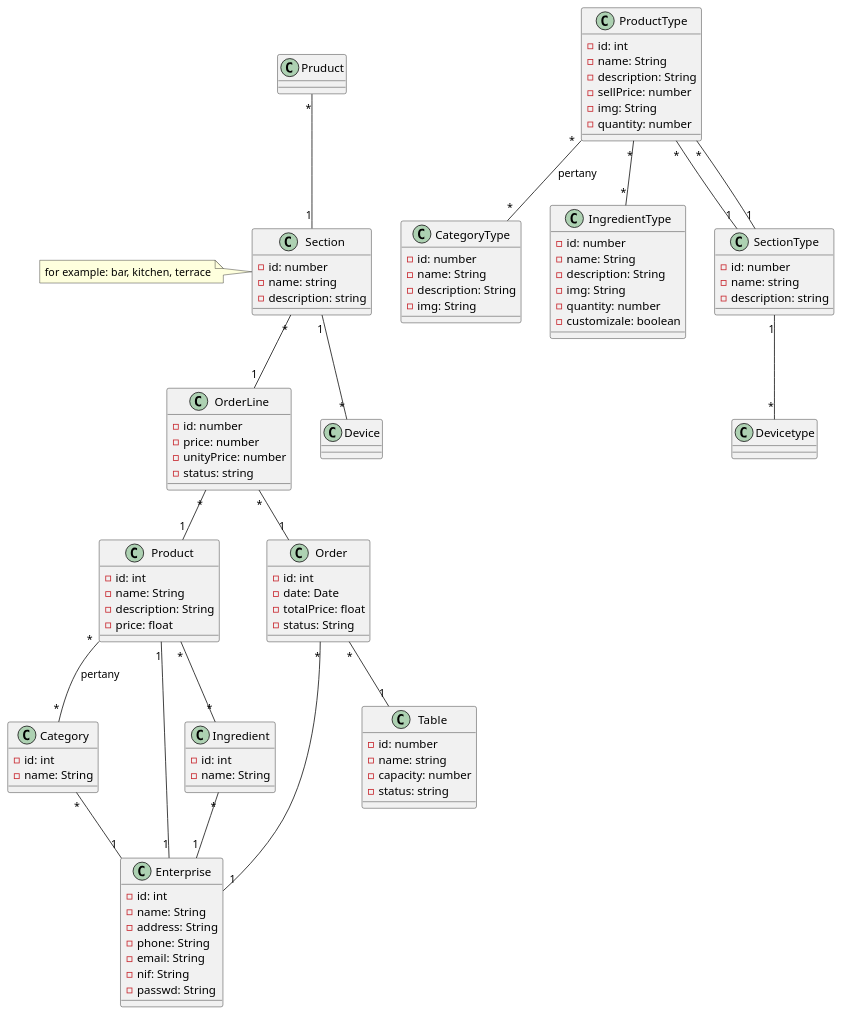
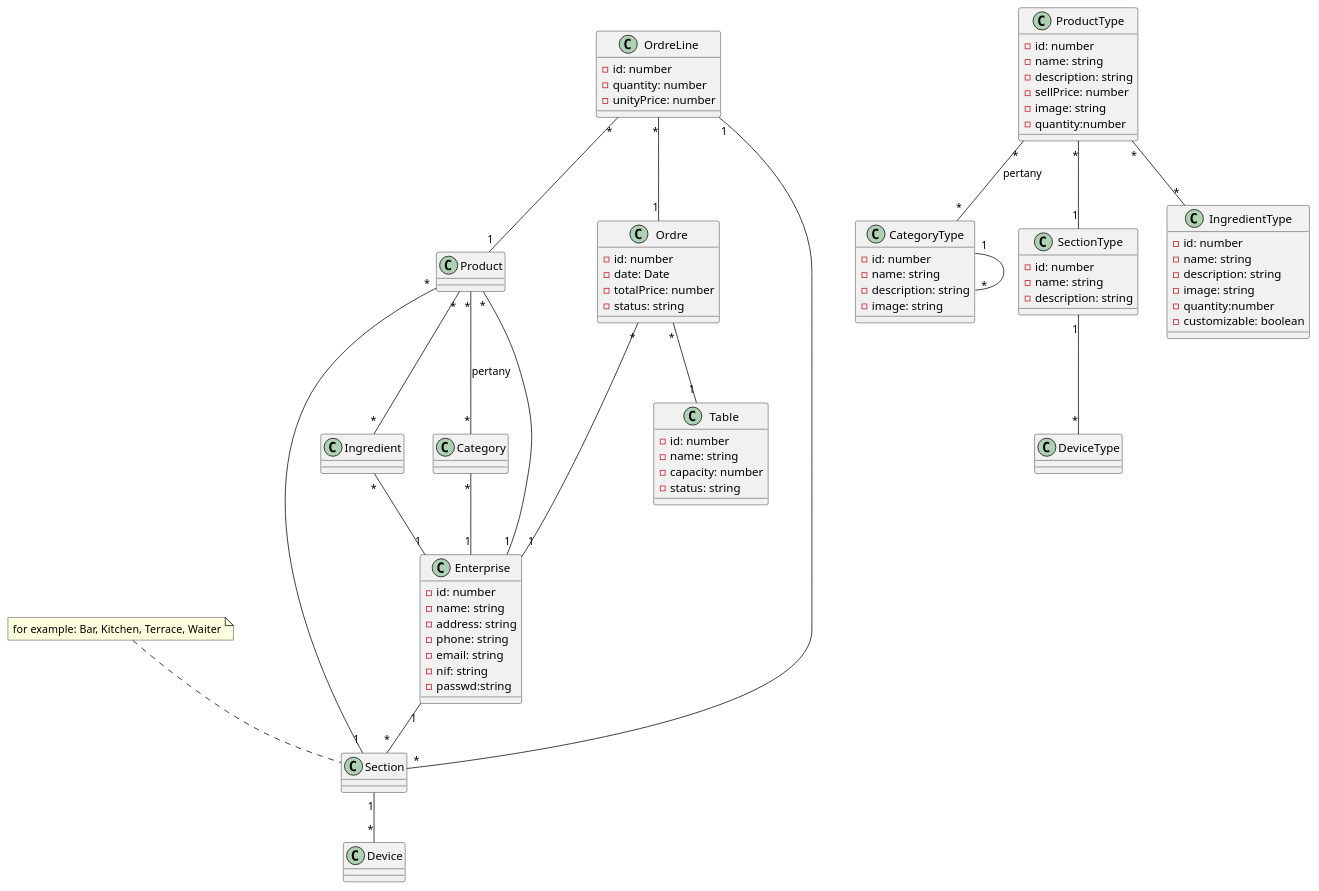
One commit to quiquealonso/barAssistant changed the diagram in documentacio/diagramaClasses.puml. Above: the diagram before and after it, drawn with PlantUML. The commit also changed 16 other files, not shown here.

```diff
--- a/documentacio/diagramaClasses.puml
+++ b/documentacio/diagramaClasses.puml
@@ -1,110 +2,104 @@
 @startuml barAssistant
+class Product{
 
-class Category {
-  - id: int
-  - name: String
 }
 class CategoryType{
-  - id: number
-  - name: String
-  - description: String
-  - img: String
+    - id: number
+    - name: string
+    - description: string
+    - image: string
 }
+class Category{
 
-class Product {
-  - id: int
-  - name: String
-  - description: String
-  - price: float
 }
+class Enterprise{
+    - id: number
+    - name: string
+    - address: string
+    - phone: string
+    - email: string
+    - nif: string
+    - passwd:string
 
-class Enterprise {
-  - id: int
-  - name: String
-  - address: String
-  - phone: String
-  - email: String
-  - nif: String
-  - passwd: String
 }
+class ProductType{
 
-class Ingredient {
-  - id: int
-  - name: String
+
 }
-class IngredientType{
-  - id: number
-  - name: String
-  - description: String
-  - img: String
-  - quantity: number
-  -customizale: boolean
-}
+class Ingredient{
 
-class ProductType {
-  - id: int
-  - name: String
-  - description: String
-  - sellPrice: number
-  - img: String
-  - quantity: number
-}
-class Order {
-  - id: int
-  - date: Date
-  - totalPrice: float
-  - status: String
-}
-class Table {
-  - id: number
-  - name: string
-  - capacity: number
-  - status: string
-}
-class OrderLine {
-  - id: number
-  - price: number
-  - unityPrice: number
-  - status: string
 }
 class SectionType{
-  - id: number
-  - name: string
-  - description: string
+    - id: number
+    - name: string
+    - description: string
+}
+class DeviceType{
+
 }
 class Device{
 
 }
-class Devicetype{
+class Section {
 
 }
-class Section{
-  - id: number
-  - name: string
-  - description: string
+Note top of Section
+    for example: Bar, Kitchen, Terrace, Waiter
+end note
+class Ordre{
+    - id: number
+    - date: Date
+    - totalPrice: number
+    - status: string
 }
-note left of Section
-  for example: bar, kitchen, terrace
-end note
+class Table{
+    - id: number
+    - name: string
+    - capacity: number
+    - status: string
+}
+class OrdreLine{
+    - id: number
+    - quantity: number
+    - unityPrice: number
+}
+class IngredientType{
+    - id: number
+    - name: string
+    - description: string
+    - image: string
+    - quantity:number
+    - customizable: boolean
 
-Section "*" -- "1" OrderLine
-Section "1" -- "*" Device
-SectionType "1" -- "*" Devicetype
+}
+Class ProductType{
+    - id: number
+    - name: string
+    - description: string
+    - sellPrice: number
+    - image: string
+    - quantity:number
+}
+CategoryType "1"--"*" CategoryType
+OrdreLine "1"--"*" Section
+Section "1"--"*" Device
+SectionType "1"--"*" DeviceType
 ProductType "*" -- "1" SectionType
-Product "1" -- "1" Enterprise
-Pruduct "*" -- "1" Section
-Order "*" -- "1" Enterprise
-Order "*" -- "1" Table
-OrderLine "*" -- "1" Order
-OrderLine "*" -- "1" Product
+Product "*" -- "1" Enterprise
+Product "*" -- "1" Section
+Ordre "*" -- "1" Table
+Ordre "*" -- "1" Enterprise
+OrdreLine "*" -- "1" Ordre
+OrdreLine "*" -- "1" Product
 
-ProductType"*" -- "*" IngredientType
-Product "*" -- "*" Ingredient
+ProductType "*"--"*" IngredientType
+Product "*" -- "*"  Ingredient
+Product "*" -- "*" Category : pertany
+ProductType "*" -- "*" CategoryType : pertany
+Enterprise "1" -- "*" Section
 
-ProductType "*" -- "*" CategoryType : pertany
-Product "*" -- "*" Category : pertany
 Category "*" -- "1" Enterprise
 Ingredient "*" -- "1" Enterprise
-ProductType "*" -- "1" SectionType
+
 
 @enduml
```
